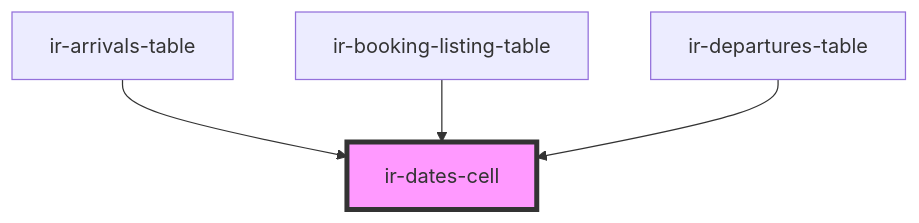
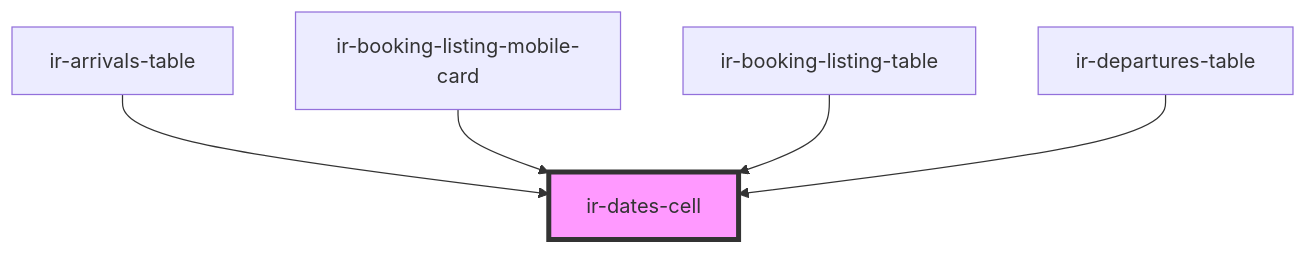
Before and after one commit to David1Chowaifaty/modified-ir-webcmp: the diagram in src/components/table-cells/booking/ir-dates-cell/readme.md, drawn with Mermaid. The commit also changed other lines of this file and 69 other files, not shown here.

````diff
--- a/src/components/table-cells/booking/ir-dates-cell/readme.md
+++ b/src/components/table-cells/booking/ir-dates-cell/readme.md
@@ -27,7 +31,8 @@
 ```mermaid
 graph TD;
   ir-arrivals-table --> ir-dates-cell
+  ir-booking-listing-mobile-card --> ir-dates-cell
   ir-booking-listing-table --> ir-dates-cell
   ir-departures-table --> ir-dates-cell
   style ir-dates-cell fill:#f9f,stroke:#333,stroke-width:4px
 ```
````
